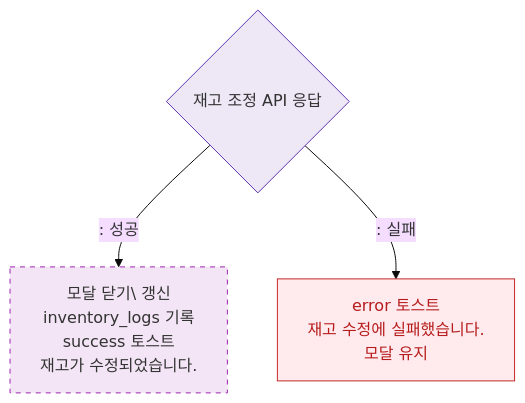
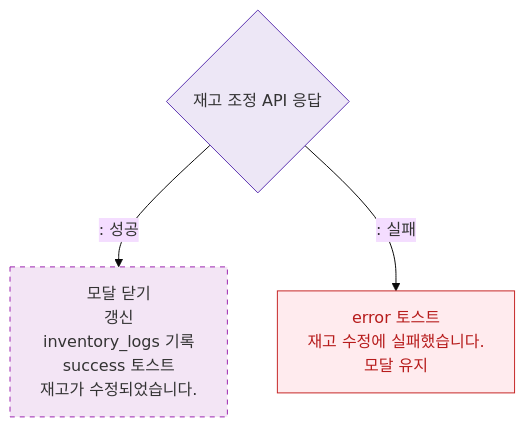
The diagram in docs/admin/다이어그램/D05_상품관리/DLG/DLG-P014_재고조정/M3_결과분기.md (dev-spogym/admin-pando), drawn with Mermaid (base theme) before and after one commit. The commit also changed 369 other files, not shown here.

````diff
--- a/docs/admin/다이어그램/D05_상품관리/DLG/DLG-P014_재고조정/M3_결과분기.md
+++ b/docs/admin/다이어그램/D05_상품관리/DLG/DLG-P014_재고조정/M3_결과분기.md
@@ -14,12 +14,12 @@
 ```mermaid
 flowchart TD
-    AdjustAPI{재고 조정 API 응답} -->|": 성공"|SuccessResult[모달 닫기\ 갱신\ninventory_logs 기록\nsuccess 토스트\n재고가 수정되었습니다.]
+    AdjustAPI{재고 조정 API 응답} -->|": 성공"|SuccessResult[모달 닫기<br/> 갱신\ninventory_logs 기록\nsuccess 토스트\n재고가 수정되었습니다.]
     AdjustAPI -->|": 실패"|ErrResult[error 토스트\n재고 수정에 실패했습니다.\n모달 유지]
 
     classDef newFeature fill:#F3E5F5,stroke:#9C27B0,stroke-dasharray:5 5
     classDef error fill:#FFEBEE,stroke:#C62828,color:#B71C1C
     classDef system fill:#EDE7F6,stroke:#5E35B2
     class SuccessResult newFeature
     class ErrResult error
     class AdjustAPI system
 ```
````
